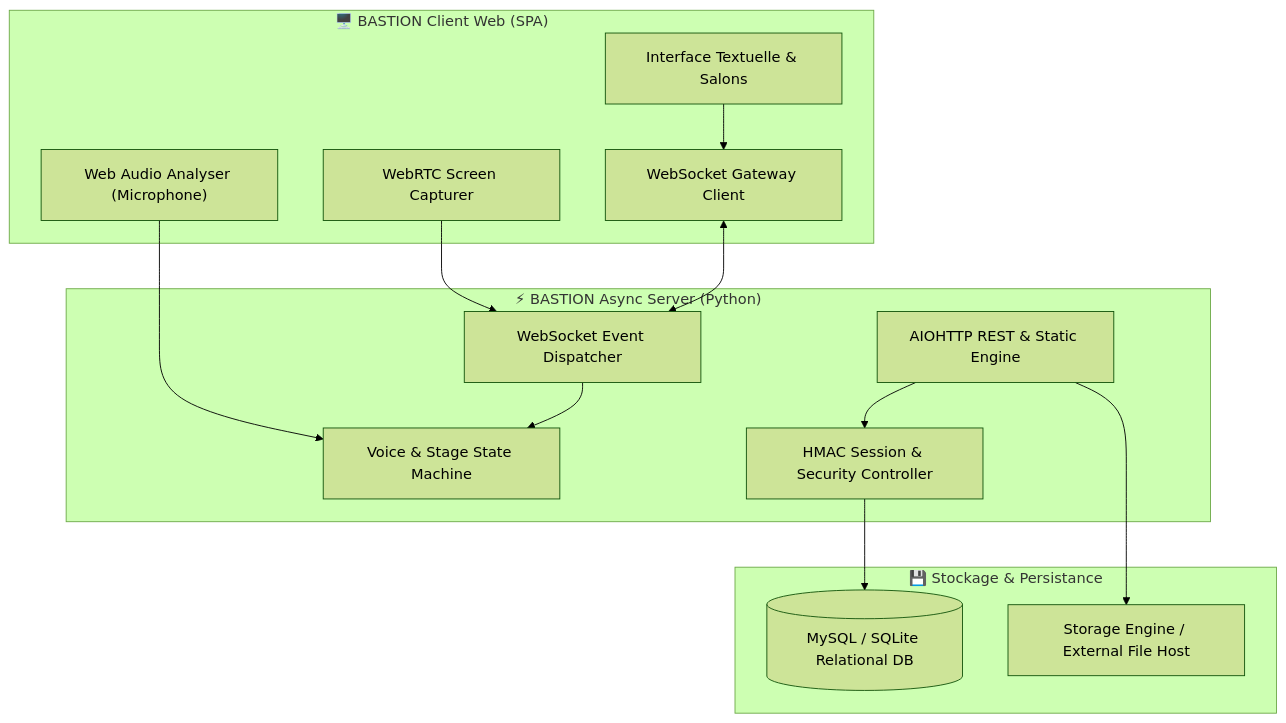
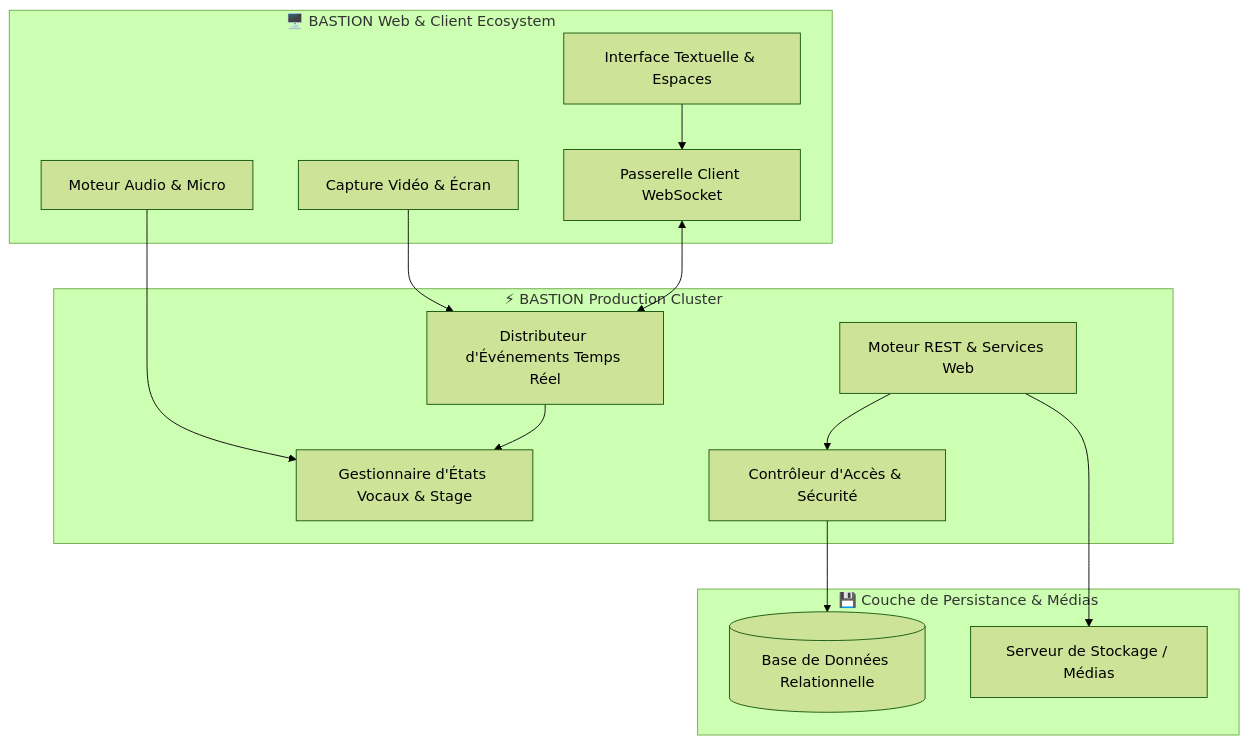
Before and after one commit to Bastion-Officiel/.github: the diagram in profile/README.md, drawn with Mermaid (forest theme). The commit also changed other lines of this file, not shown here.

````diff
--- a/profile/README.md
+++ b/profile/README.md
@@ -125,30 +122,30 @@
 ```mermaid
 flowchart TD
-    subgraph ClientLayer ["🖥️ BASTION Client Web (SPA)"]
-        ChatUI["Interface Textuelle & Salons"]
-        VoiceAnalyzer["Web Audio Analyser (Microphone)"]
-        ScreenCapturer["WebRTC Screen Capturer"]
-        WSClient["WebSocket Gateway Client"]
+    subgraph ClientLayer ["🖥️ BASTION Web & Client Ecosystem"]
+        ChatUI["Interface Textuelle & Espaces"]
+        VoiceAnalyzer["Moteur Audio & Micro"]
+        ScreenCapturer["Capture Vidéo & Écran"]
+        WSClient["Passerelle Client WebSocket"]
     end
 
-    subgraph ServerLayer ["⚡ BASTION Async Server (Python)"]
-        HTTPServer["AIOHTTP REST & Static Engine"]
-        WSBroker["WebSocket Event Dispatcher"]
-        VoiceHub["Voice & Stage State Machine"]
-        AuthSecurity["HMAC Session & Security Controller"]
+    subgraph ServerLayer ["⚡ BASTION Production Cluster"]
+        HTTPServer["Moteur REST & Services Web"]
+        WSBroker["Distributeur d'Événements Temps Réel"]
+        VoiceHub["Gestionnaire d'États Vocaux & Stage"]
+        AuthSecurity["Contrôleur d'Accès & Sécurité"]
     end
 
-    subgraph DataLayer ["💾 Stockage & Persistance"]
-        Database[(MySQL / SQLite Relational DB)]
-        CDN["Storage Engine / External File Host"]
+    subgraph DataLayer ["💾 Couche de Persistance & Médias"]
+        Database[(Base de Données Relationnelle)]
+        StorageVault["Serveur de Stockage / Médias"]
     end
 
     ChatUI --> WSClient
     VoiceAnalyzer --> VoiceHub
     ScreenCapturer --> WSBroker
     WSClient <--> WSBroker
     HTTPServer --> AuthSecurity
     AuthSecurity --> Database
     WSBroker --> VoiceHub
-    HTTPServer --> CDN
+    HTTPServer --> StorageVault
 ```
````
